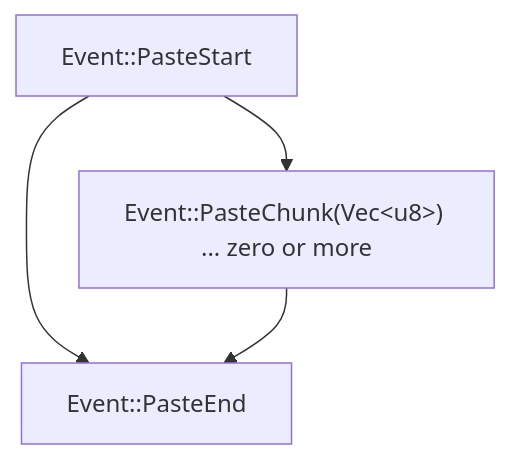
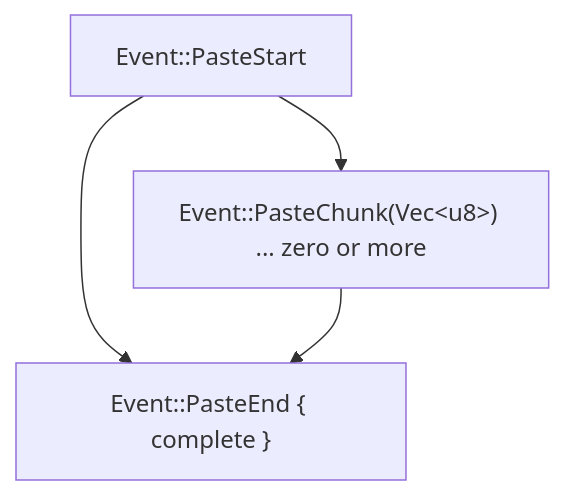
One commit to aymanbagabas/uncurses changed the diagram in website/content/docs/guides/handling-paste.md. Above: the diagram before and after it, drawn with Mermaid. The commit also changed other lines of this file and 20 other files, not shown here.

First line of the commit message:
feat(event)!: stream clipboard replies with paste-style recovery

````diff
--- a/website/content/docs/guides/handling-paste.md
+++ b/website/content/docs/guides/handling-paste.md
@@ -19,13 +21,13 @@
 ```mermaid
 flowchart TB
   accTitle: The paste event sequence
   accDescr {
     PasteStart begins a paste.
     Zero or more PasteChunk events carry its bytes.
     PasteEnd finishes the paste, including an empty paste.
   }
   s["Event::PasteStart"]
   s --> c["Event::PasteChunk(Vec&lt;u8&gt;) ... zero or more"]
-  s --> e["Event::PasteEnd"]
+  s --> e["Event::PasteEnd { complete }"]
   c --> e
 ```
````
